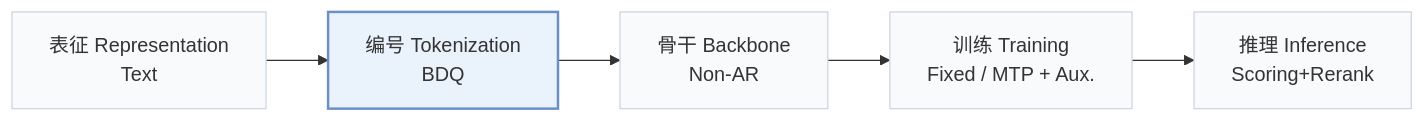
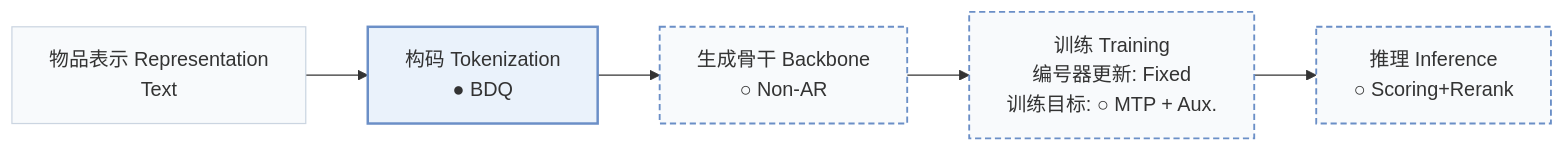
One commit to Galaxy-ghost/Awesome-SID-Generative-Rec changed the first of 2 diagrams in pages/zh/papers/topogr.md. Above: the diagram before and after it, drawn with Mermaid. The commit also changed other lines of this file and 558 other files, not shown here.

````diff
--- a/pages/zh/papers/topogr.md
+++ b/pages/zh/papers/topogr.md
@@ -15,8 +18,10 @@
 ```mermaid
 flowchart LR
-    R["表征 Representation<br/>Text"] --> T["编号 Tokenization<br/>BDQ"] --> B["骨干 Backbone<br/>Non-AR"] --> TR["训练 Training<br/>Fixed / MTP + Aux."] --> I["推理 Inference<br/>Scoring+Rerank"]
+    R["物品表示 Representation<br/>Text"] --> T["构码 Tokenization<br/>● BDQ"] --> B["生成骨干 Backbone<br/>○ Non-AR"] --> TR["训练 Training<br/>编号器更新: Fixed<br/>训练目标: ○ MTP + Aux."] --> I["推理 Inference<br/>○ Scoring+Rerank"]
     classDef base fill:#f8fafc,stroke:#cbd5e1
     class R,T,B,TR,I base
+    classDef other fill:#f8fafc,stroke:#6b8fc7,stroke-width:1.5px,stroke-dasharray:5 3
+    class B,TR,I other
     classDef main fill:#eaf2fb,stroke:#6b8fc7,stroke-width:2px
     class T main
 ```
````
